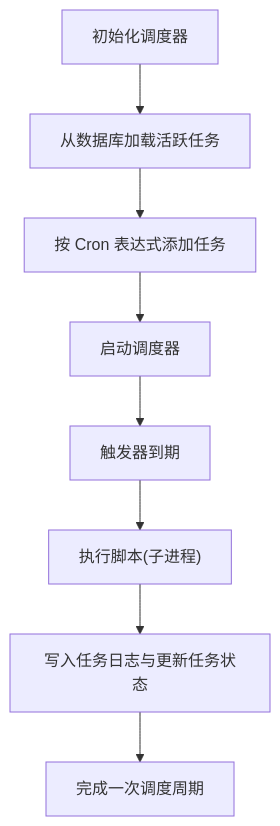
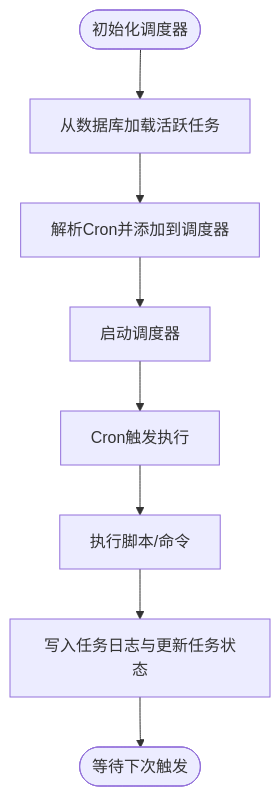
One commit to ismine3/OPS changed the fifth of 7 diagrams in .qoder/repowiki/zh/content/项目概述/技术栈概览.md. Above: the diagram before and after it, drawn with Mermaid. The commit also changed other lines of this file and 157 other files, not shown here.

````diff
--- a/.qoder/repowiki/zh/content/项目概述/技术栈概览.md
+++ b/.qoder/repowiki/zh/content/项目概述/技术栈概览.md
@@ -236,10 +189,10 @@
 ```mermaid
 flowchart TD
-Init["初始化调度器"] --> LoadTasks["从数据库加载活跃任务"]
-LoadTasks --> AddJob["按 Cron 表达式添加任务"]
+Init(["初始化调度器"]) --> LoadTasks["从数据库加载活跃任务"]
+LoadTasks --> AddJob["解析Cron并添加到调度器"]
 AddJob --> Start["启动调度器"]
-Start --> Trigger["触发器到期"]
-Trigger --> Exec["执行脚本(子进程)"]
+Start --> Trigger["Cron触发执行"]
+Trigger --> Exec["执行脚本/命令"]
 Exec --> Log["写入任务日志与更新任务状态"]
-Log --> End["完成一次调度周期"]
+Log --> End(["等待下次触发"])
 ```
````
